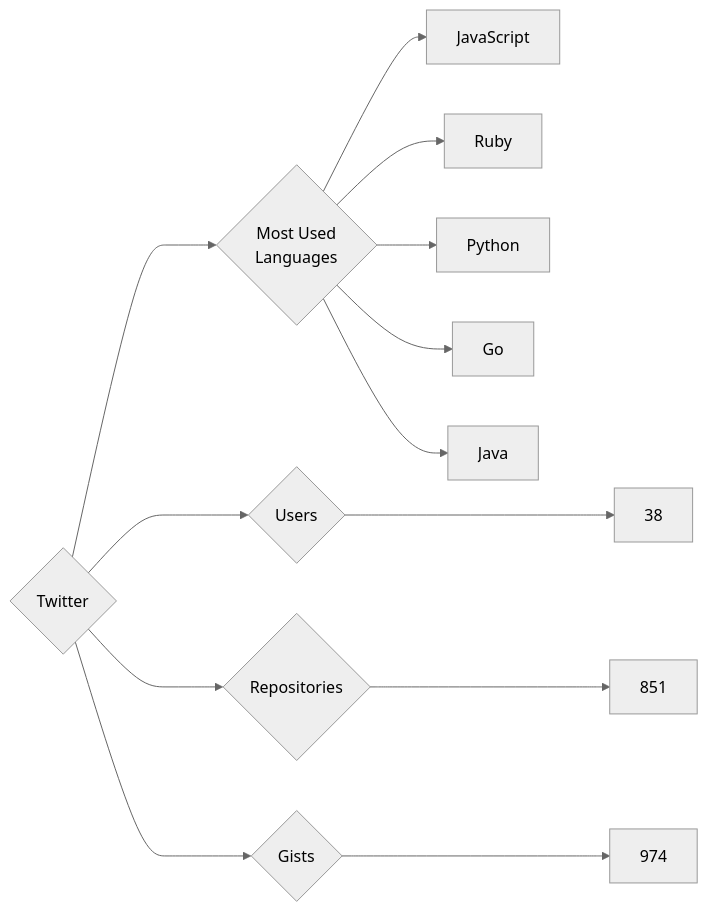
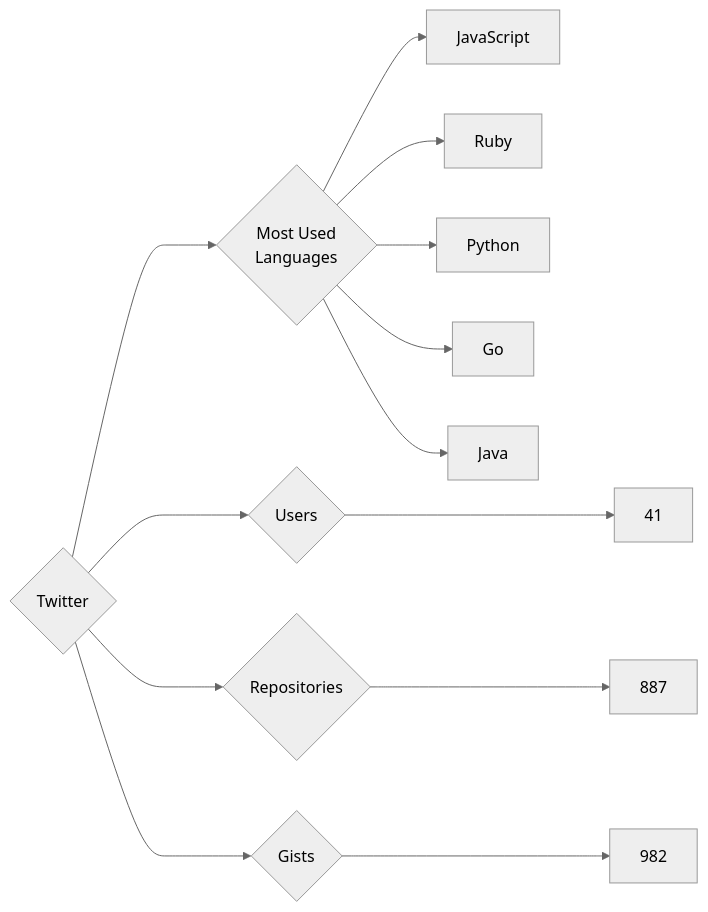
The diagram in targets/Twitter/README.md (trickest/insiders), drawn with Mermaid (neutral theme) before and after one commit. The commit also changed 829 other files, not shown here.

````diff
--- a/targets/Twitter/README.md
+++ b/targets/Twitter/README.md
@@ -3,13 +3,13 @@
 ```mermaid
 graph LR
 COMPANY_NAME{Twitter}
-COMPANY_NAME ---> U{Users} ---> UN[38]
-COMPANY_NAME ---> R{Repositories} ---> RN[851]
-COMPANY_NAME ---> G{Gists} ---> GN[974]
+COMPANY_NAME ---> U{Users} ---> UN[41]
+COMPANY_NAME ---> R{Repositories} ---> RN[887]
+COMPANY_NAME ---> G{Gists} ---> GN[982]
 COMPANY_NAME ---> ML{Most Used<br>Languages}
 ML --> JavaScript[JavaScript]
 ML --> Ruby[Ruby]
 ML --> Python[Python]
 ML --> Go[Go]
 ML --> Java[Java]
 ```
````
